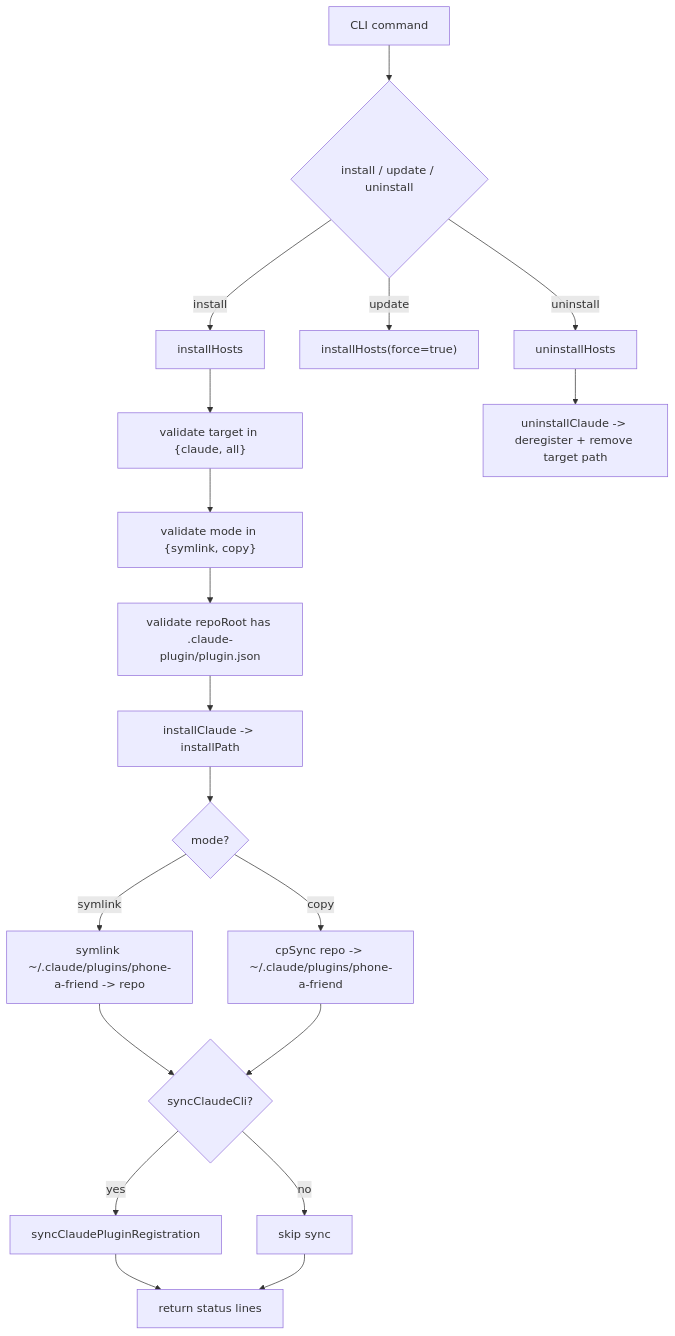
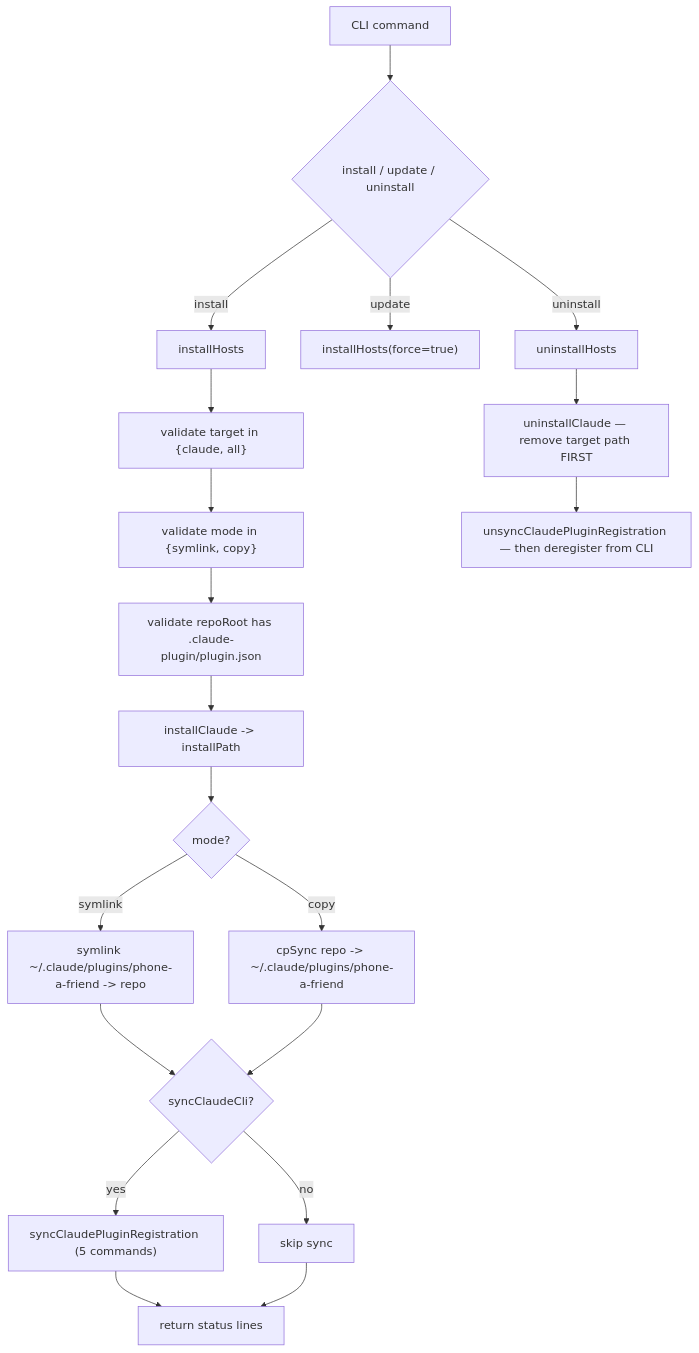
The first of 5 diagrams in architecture/04-installer-plugin.md (freibergergarcia/phone-a-friend), drawn with Mermaid before and after one commit. The commit also changed other lines of this file and 5 other files, not shown here.

First line of the commit message:
Update architecture docs and fix label-check race condition (#34)

````diff
--- a/architecture/04-installer-plugin.md
+++ b/architecture/04-installer-plugin.md
@@ -7,24 +7,25 @@
 ```mermaid
 flowchart TD
   A[CLI command] --> B{install / update / uninstall}
 
   B -- install --> C[installHosts]
   B -- update --> D["installHosts(force=true)"]
   B -- uninstall --> E[uninstallHosts]
 
   C --> C1["validate target in {claude, all}"]
   C1 --> C2["validate mode in {symlink, copy}"]
   C2 --> C3["validate repoRoot has .claude-plugin/plugin.json"]
   C3 --> C4["installClaude -> installPath"]
   C4 --> C5{mode?}
   C5 -- symlink --> C6["symlink ~/.claude/plugins/phone-a-friend -> repo"]
   C5 -- copy --> C7["cpSync repo -> ~/.claude/plugins/phone-a-friend"]
   C6 --> C8{syncClaudeCli?}
   C7 --> C8
-  C8 -- yes --> C9["syncClaudePluginRegistration"]
+  C8 -- yes --> C9["syncClaudePluginRegistration (5 commands)"]
   C8 -- no --> C10[skip sync]
   C9 --> C11[return status lines]
   C10 --> C11
 
-  E --> E1["uninstallClaude -> deregister + remove target path"]
+  E --> E1["uninstallClaude — remove target path FIRST"]
+  E1 --> E2["unsyncClaudePluginRegistration — then deregister from CLI"]
 ```
````
